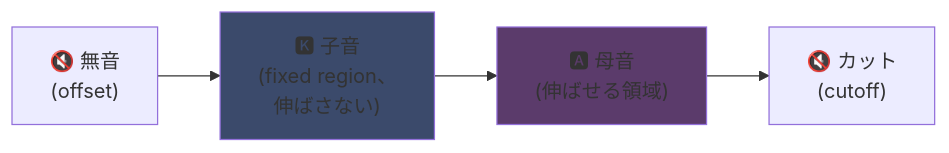
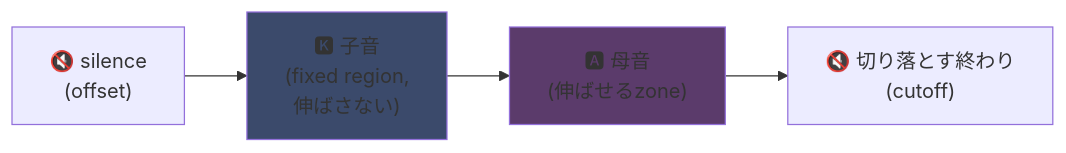
The first of 2 diagrams in public/articles/ja/utau.md (fox3000foxy/fox3000foxy.github.io), drawn with Mermaid before and after one commit. The commit also changed other lines of this file and 576 other files, not shown here.

````diff
--- a/public/articles/ja/utau.md
+++ b/public/articles/ja/utau.md
@@ -81,8 +81,8 @@
 ```mermaid
 flowchart LR
-    A["🔇 無音<br/>(offset)"] --> B["🅺 子音<br/>(fixed region、<br/>伸ばさない)"]
-    B --> C["🅰 母音<br/>(伸ばせる領域)"]
-    C --> D["🔇 カット<br/>(cutoff)"]
+    A["🔇 silence<br/>(offset)"] --> B["🅺 子音<br/>(fixed region,<br/>伸ばさない)"]
+    B --> C["🅰 母音<br/>(伸ばせるzone)"]
+    C --> D["🔇 切り落とす終わり<br/>(cutoff)"]
     style B fill:#3b4a6b
     style C fill:#5b3b6b
 ```
````
